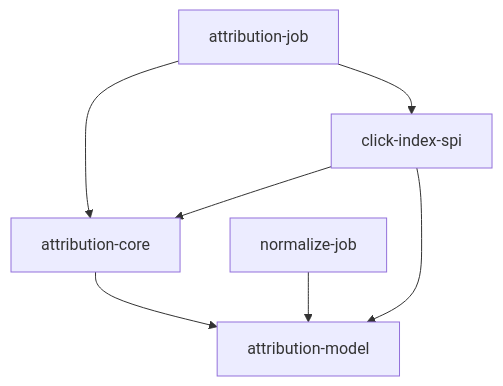
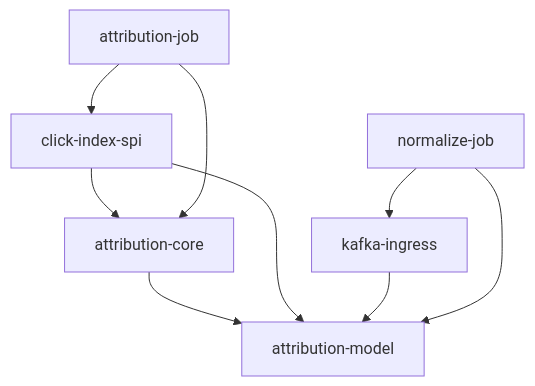
Before and after one commit to zilch404/game-attribution-engineering: the diagram in docs/adr/0001-module-boundaries.md, drawn with Mermaid. The commit also changed other lines of this file and 52 other files, not shown here.

````diff
--- a/docs/adr/0001-module-boundaries.md
+++ b/docs/adr/0001-module-boundaries.md
@@ -14,9 +14,11 @@
 ```mermaid
 flowchart TD
     CORE["attribution-core"] --> MODEL["attribution-model"]
     SPI["click-index-spi"] --> CORE
     SPI --> MODEL
     JOB["attribution-job"] --> CORE
     JOB --> SPI
+    KAFKA["kafka-ingress"] --> MODEL
     NORMALIZE["normalize-job"] --> MODEL
+    NORMALIZE --> KAFKA
 ```
````
